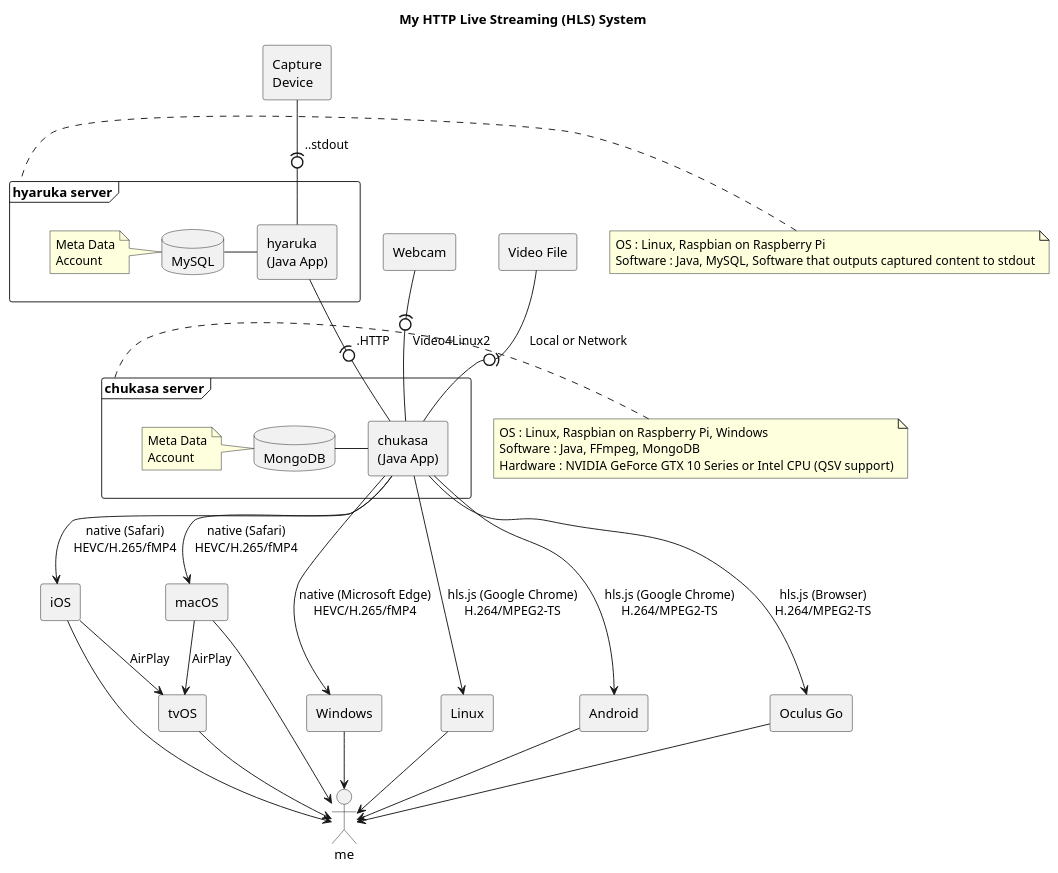
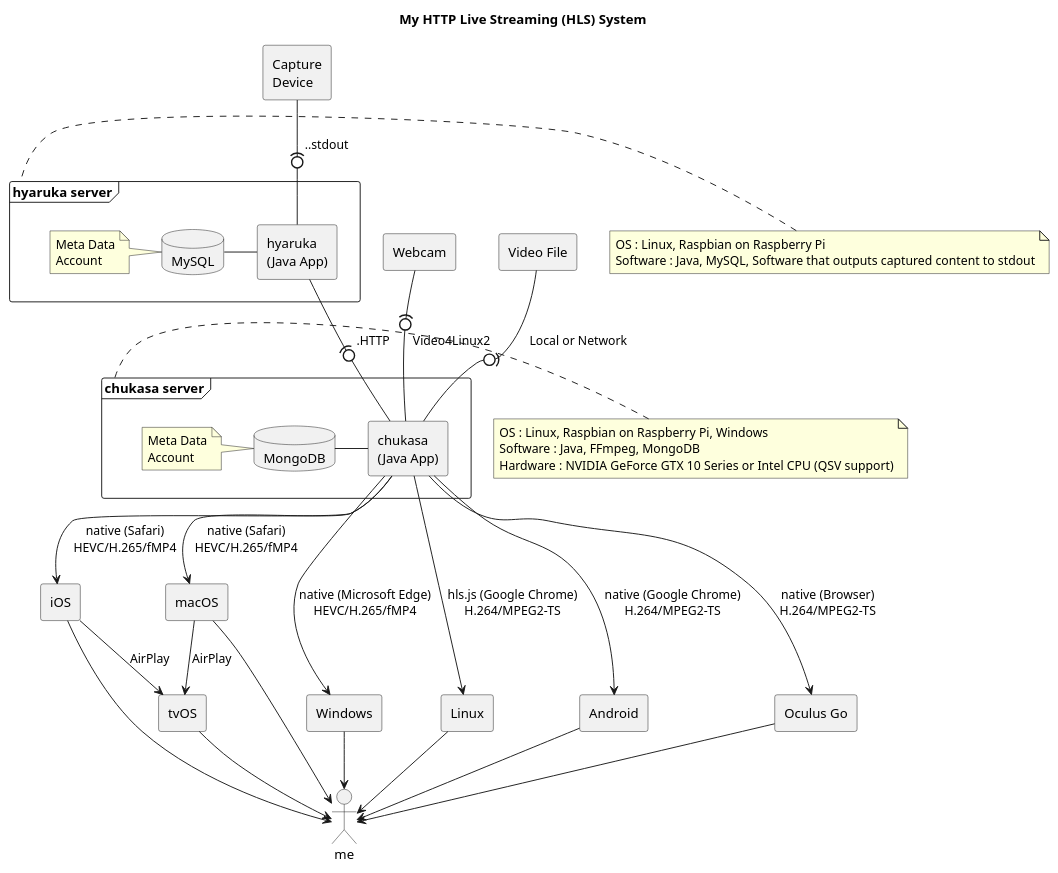
The diagram in docs/a.puml (gLnFBYhes8W8/chukasa), drawn with PlantUML before and after one commit. The commit also changed 1 other file, not shown here.

```diff
--- a/docs/a.puml
+++ b/docs/a.puml
@@ -1,65 +1,65 @@
 @startuml a
 
 'left to right direction
 
 title My HTTP Live Streaming (HLS) System
 
 actor me
 
 rectangle "iOS" as ios
 rectangle "macOS" as macos
 rectangle "tvOS" as tvos
 rectangle "Windows" as windows
 rectangle "Linux" as linux
 rectangle "Android" as android
 rectangle "Oculus Go" as oculus_go
 
 frame "chukasa server" as chukasa_server {
     rectangle "chukasa\n(Java App)" as chukasa
     database chukasadb [
         MongoDB
     ]
     note left : Meta Data\nAccount
 }
 chukasadb - chukasa
 note left of chukasa_server : OS : Linux, Raspbian on Raspberry Pi, Windows\nSoftware : Java, FFmpeg, MongoDB\nHardware : NVIDIA GeForce GTX 10 Series or Intel CPU (QSV support)
 
 frame "hyaruka server" as hyaruka_server {
     rectangle "hyaruka\n(Java App)" as hyaruka
     database hyarukadb [
         MySQL
     ]
     note left : Meta Data\nAccount
 }
 hyarukadb - hyaruka
 note left of hyaruka_server : OS : Linux, Raspbian on Raspberry Pi\nSoftware : Java, MySQL, Software that outputs captured content to stdout
 
 rectangle "Capture\nDevice" as capture
 
 rectangle "Webcam" as webcam
 rectangle "Video File" as file
 
 file -(0- chukasa : Local or Network
 webcam -(0- chukasa : Video4Linux2
 hyaruka -(0- chukasa : .HTTP
 capture -(0- hyaruka : ..stdout
 
 chukasa --> ios : native (Safari)\nHEVC/H.265/fMP4
 chukasa --> macos : native (Safari)\nHEVC/H.265/fMP4
 ios --> tvos : AirPlay
 macos --> tvos : AirPlay
 chukasa --> windows : native (Microsoft Edge)\nHEVC/H.265/fMP4
 
 chukasa --> linux: hls.js (Google Chrome)\nH.264/MPEG2-TS
-chukasa --> android  : hls.js (Google Chrome)\nH.264/MPEG2-TS
-chukasa --> oculus_go : hls.js (Browser)\nH.264/MPEG2-TS
+chukasa --> android  : native (Google Chrome)\nH.264/MPEG2-TS
+chukasa --> oculus_go : native (Browser)\nH.264/MPEG2-TS
 
 ios --> me
 macos --> me
 tvos --> me
 windows --> me
 linux --> me
 android --> me
 oculus_go --> me
 
 @enduml
```
